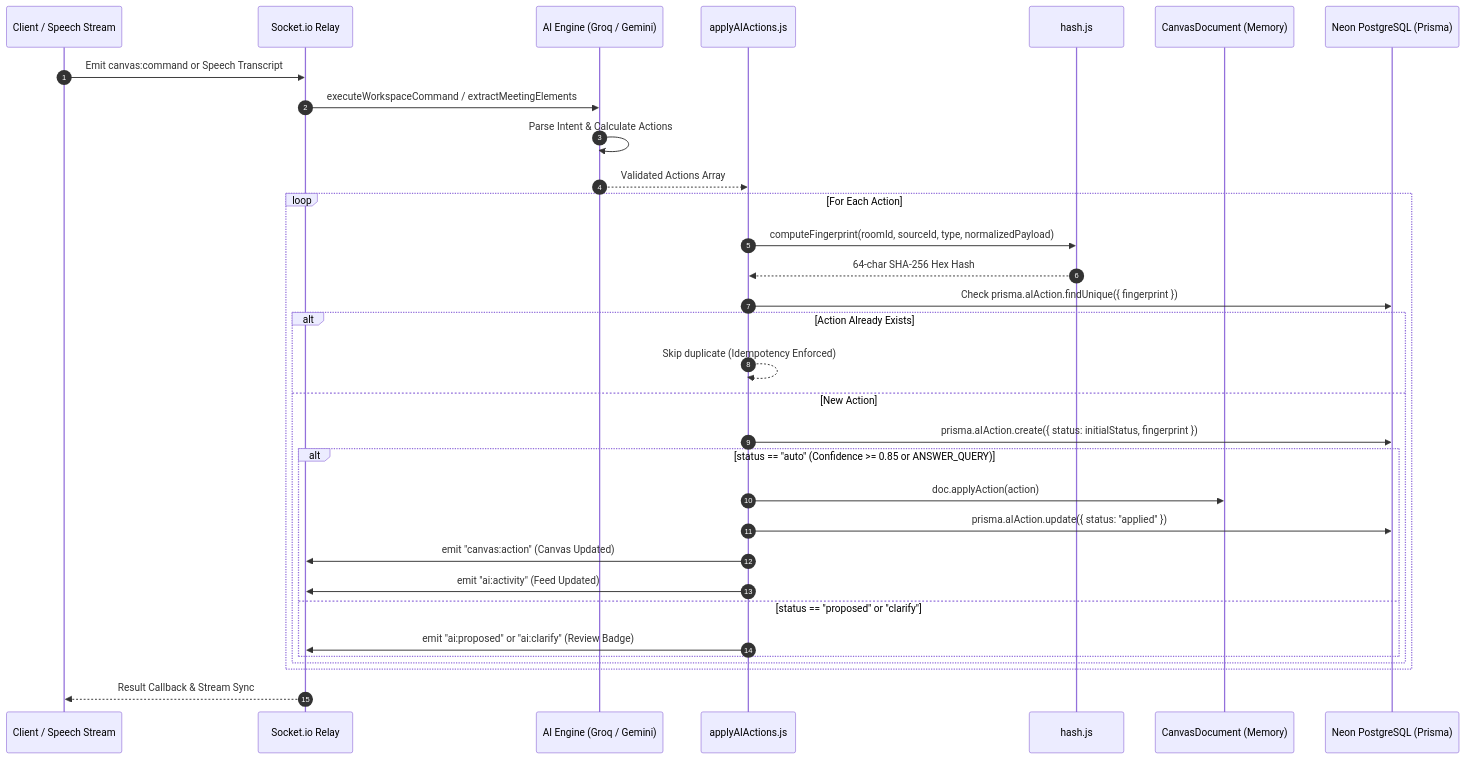
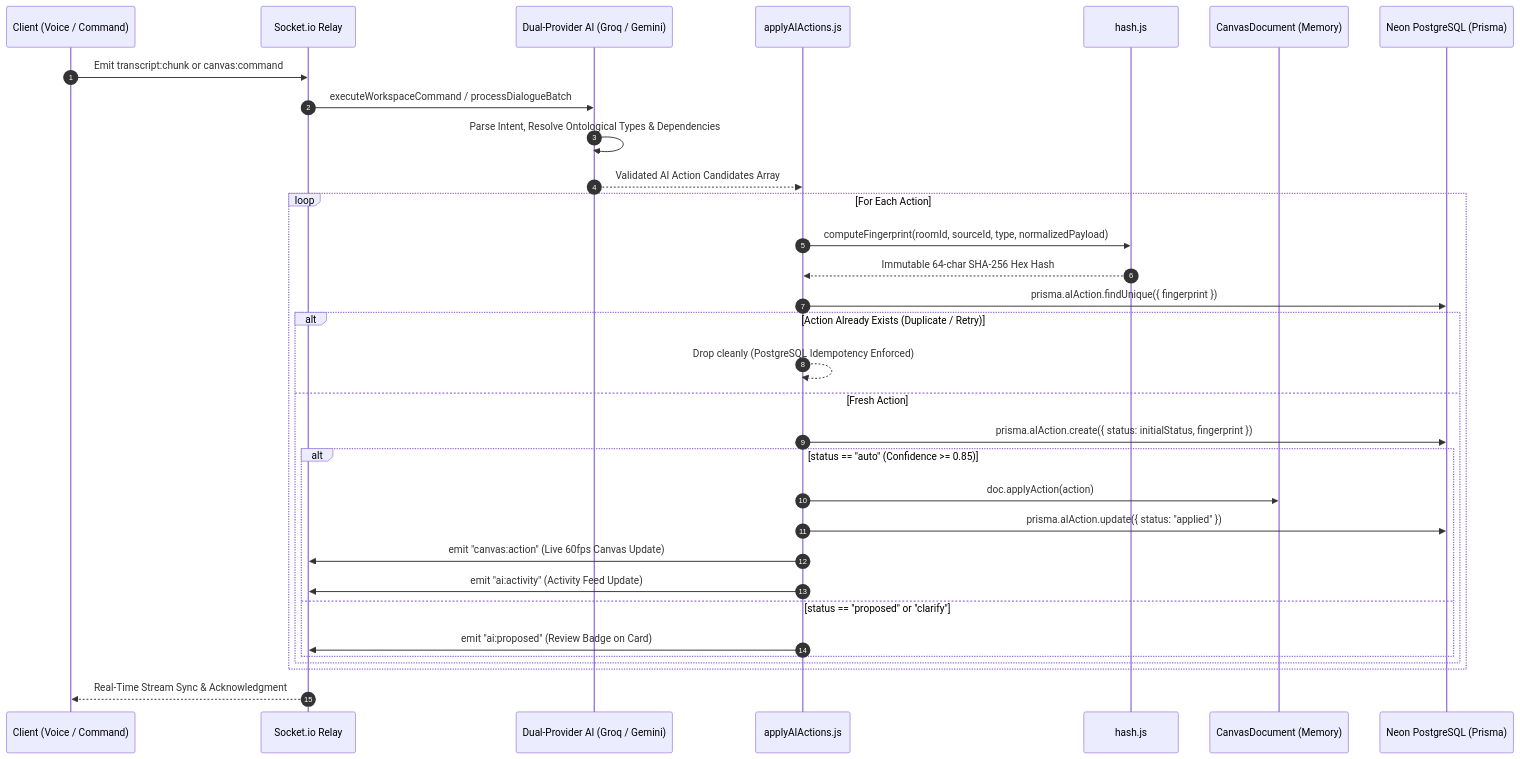
Before and after one commit to SahilSameer18/mindMesh: the second of 2 diagrams in README.md, drawn with Mermaid. The commit also changed other lines of this file, not shown here.

````diff
--- a/README.md
+++ b/README.md
@@ -104,39 +188,39 @@
 ```mermaid
 sequenceDiagram
     autonumber
-    participant Client as Client / Speech Stream
+    participant Client as Client (Voice / Command)
     participant Socket as Socket.io Relay
-    participant AI as AI Engine (Groq / Gemini)
+    participant AI as Dual-Provider AI (Groq / Gemini)
     participant Effector as applyAIActions.js
     participant Hasher as hash.js
     participant Doc as CanvasDocument (Memory)
     participant DB as Neon PostgreSQL (Prisma)
 
-    Client->>Socket: Emit canvas:command or Speech Transcript
-    Socket->>AI: executeWorkspaceCommand / extractMeetingElements
-    AI->>AI: Parse Intent & Calculate Actions
-    AI-->>Effector: Validated Actions Array
+    Client->>Socket: Emit transcript:chunk or canvas:command
+    Socket->>AI: executeWorkspaceCommand / processDialogueBatch
+    AI->>AI: Parse Intent, Resolve Ontological Types & Dependencies
+    AI-->>Effector: Validated AI Action Candidates Array
     
     loop For Each Action
         Effector->>Hasher: computeFingerprint(roomId, sourceId, type, normalizedPayload)
-        Hasher-->>Effector: 64-char SHA-256 Hex Hash
-        Effector->>DB: Check prisma.aIAction.findUnique({ fingerprint })
+        Hasher-->>Effector: Immutable 64-char SHA-256 Hex Hash
+        Effector->>DB: prisma.aIAction.findUnique({ fingerprint })
         
-        alt Action Already Exists
-            Effector-->>Effector: Skip duplicate (Idempotency Enforced)
-        else New Action
+        alt Action Already Exists (Duplicate / Retry)
+            Effector-->>Effector: Drop cleanly (PostgreSQL Idempotency Enforced)
+        else Fresh Action
             Effector->>DB: prisma.aIAction.create({ status: initialStatus, fingerprint })
             
-            alt status == "auto" (Confidence >= 0.85 or ANSWER_QUERY)
+            alt status == "auto" (Confidence >= 0.85)
                 Effector->>Doc: doc.applyAction(action)
                 Effector->>DB: prisma.aIAction.update({ status: "applied" })
-                Effector->>Socket: emit "canvas:action" (Canvas Updated)
-                Effector->>Socket: emit "ai:activity" (Feed Updated)
+                Effector->>Socket: emit "canvas:action" (Live 60fps Canvas Update)
+                Effector->>Socket: emit "ai:activity" (Activity Feed Update)
             else status == "proposed" or "clarify"
-                Effector->>Socket: emit "ai:proposed" or "ai:clarify" (Review Badge)
+                Effector->>Socket: emit "ai:proposed" (Review Badge on Card)
             end
         end
     end
     
-    Socket-->>Client: Result Callback & Stream Sync
+    Socket-->>Client: Real-Time Stream Sync & Acknowledgment
 ```
````
